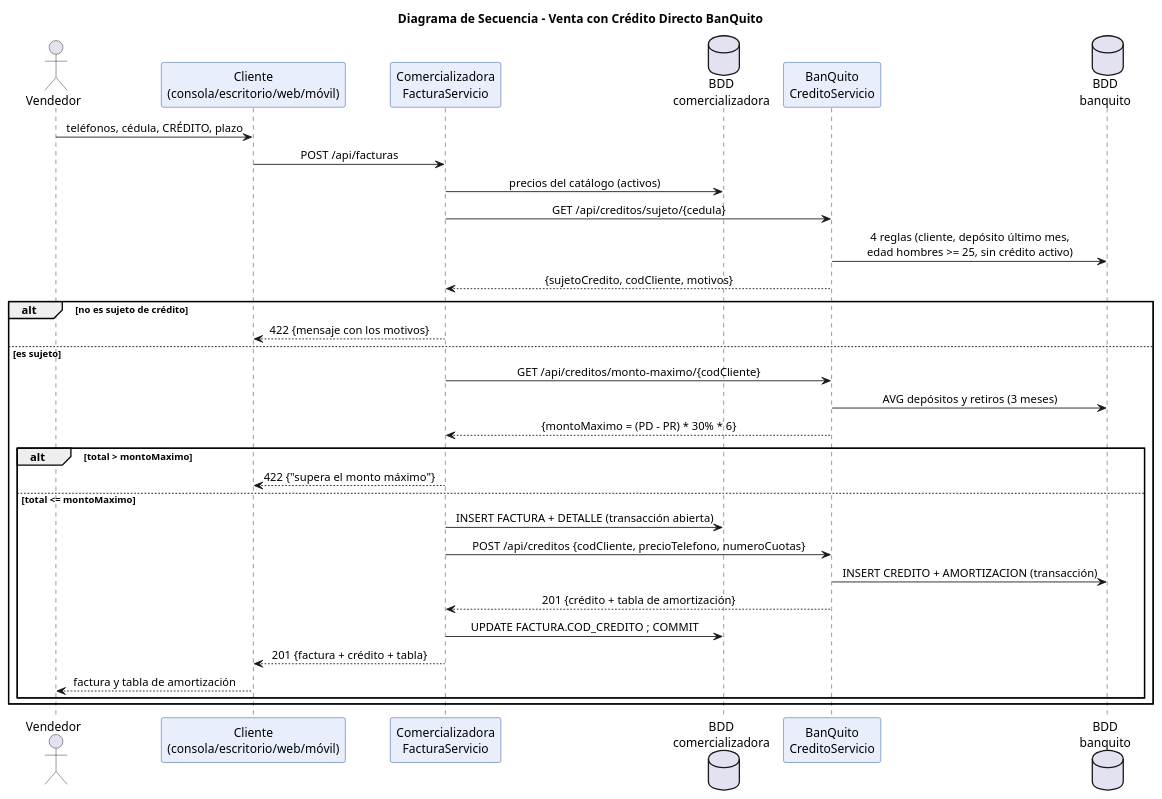
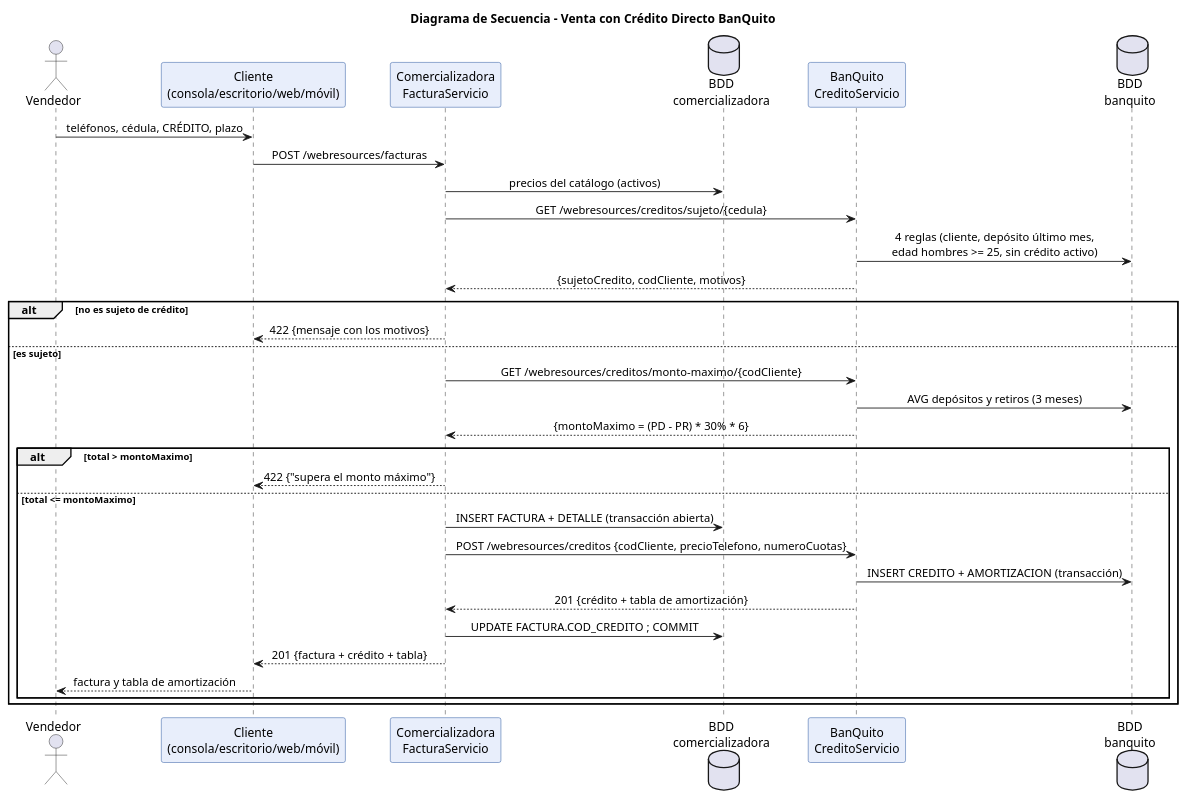
One commit to CesarLoor/EXAMEN_BANQUITO_CELULARES_RESTFUL_JAVA_CONBDD_NRC36884_GR06 changed the diagram in 01. UML/05_secuencia_venta_credito.puml. Above: the diagram before and after it, drawn with PlantUML. The commit also changed 23 other files, not shown here.

```diff
--- a/01. UML/05_secuencia_venta_credito.puml
+++ b/01. UML/05_secuencia_venta_credito.puml
@@ -1,40 +1,40 @@
 @startuml secuencia_venta_credito
 title Diagrama de Secuencia - Venta con Crédito Directo BanQuito
 skinparam sequenceMessageAlign center
 skinparam participant {
   BackgroundColor #E8EEFB
   BorderColor #0B3D91
 }
 
 actor Vendedor
 participant "Cliente\n(consola/escritorio/web/móvil)" as UI
 participant "Comercializadora\nFacturaServicio" as COM
 database "BDD\ncomercializadora" as DBC
 participant "BanQuito\nCreditoServicio" as BAN
 database "BDD\nbanquito" as DBB
 
 Vendedor -> UI : teléfonos, cédula, CRÉDITO, plazo
-UI -> COM : POST /api/facturas
+UI -> COM : POST /webresources/facturas
 COM -> DBC : precios del catálogo (activos)
-COM -> BAN : GET /api/creditos/sujeto/{cedula}
+COM -> BAN : GET /webresources/creditos/sujeto/{cedula}
 BAN -> DBB : 4 reglas (cliente, depósito último mes,\nedad hombres >= 25, sin crédito activo)
 BAN --> COM : {sujetoCredito, codCliente, motivos}
 alt no es sujeto de crédito
   COM --> UI : 422 {mensaje con los motivos}
 else es sujeto
-  COM -> BAN : GET /api/creditos/monto-maximo/{codCliente}
+  COM -> BAN : GET /webresources/creditos/monto-maximo/{codCliente}
   BAN -> DBB : AVG depósitos y retiros (3 meses)
   BAN --> COM : {montoMaximo = (PD - PR) * 30% * 6}
   alt total > montoMaximo
     COM --> UI : 422 {"supera el monto máximo"}
   else total <= montoMaximo
     COM -> DBC : INSERT FACTURA + DETALLE (transacción abierta)
-    COM -> BAN : POST /api/creditos {codCliente, precioTelefono, numeroCuotas}
+    COM -> BAN : POST /webresources/creditos {codCliente, precioTelefono, numeroCuotas}
     BAN -> DBB : INSERT CREDITO + AMORTIZACION (transacción)
     BAN --> COM : 201 {crédito + tabla de amortización}
     COM -> DBC : UPDATE FACTURA.COD_CREDITO ; COMMIT
     COM --> UI : 201 {factura + crédito + tabla}
     UI --> Vendedor : factura y tabla de amortización
   end
 end
 @enduml
```
